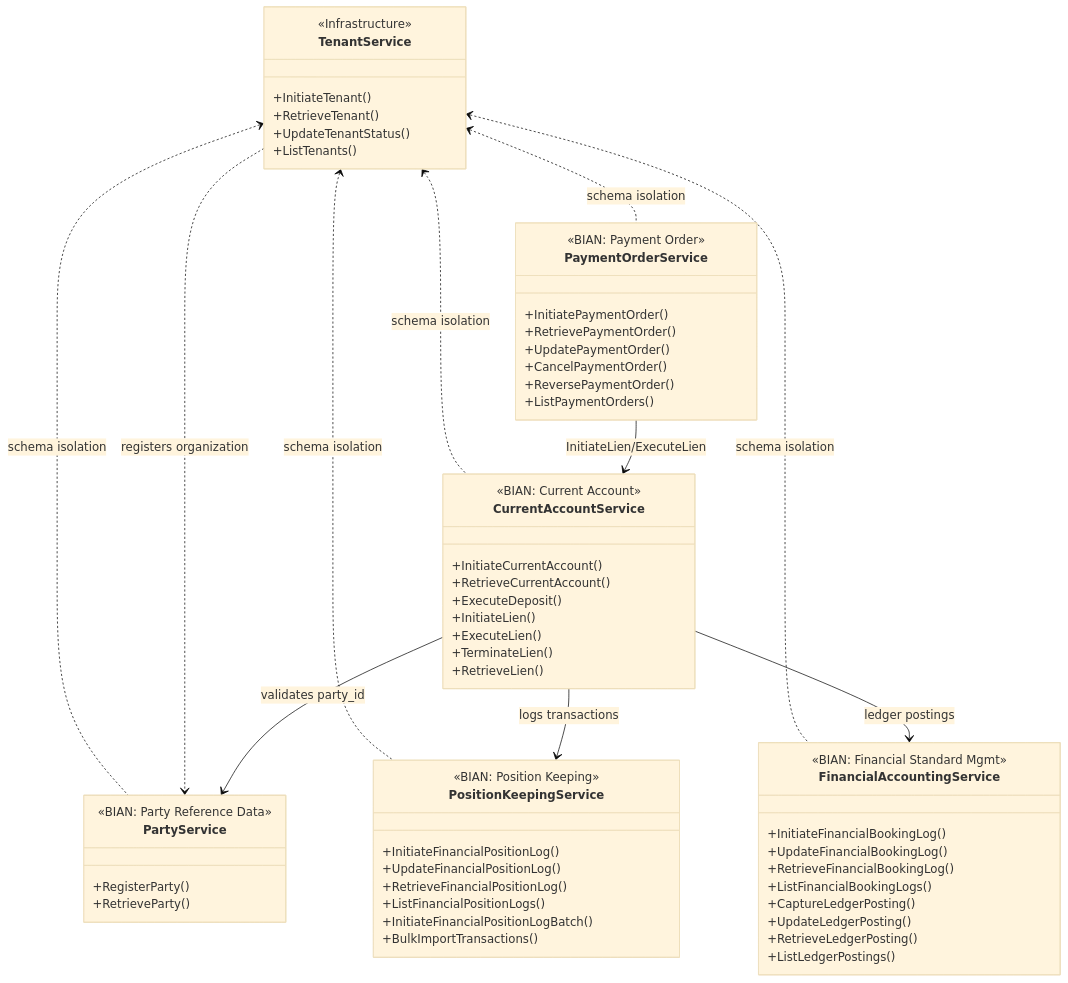
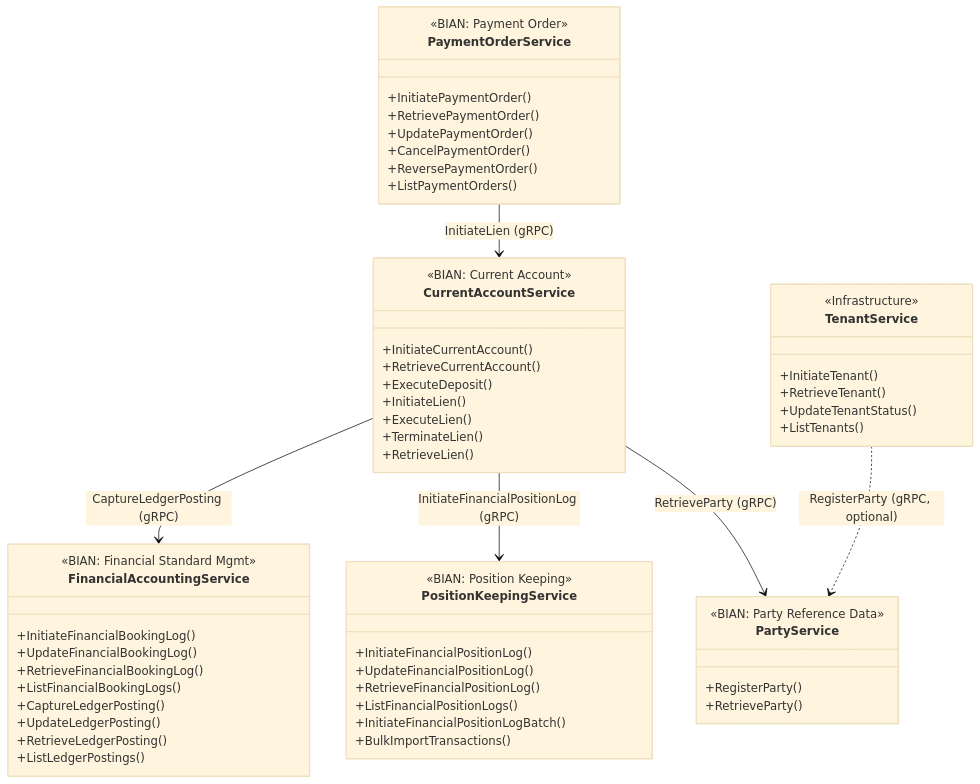
Before and after one commit to meridianhub/meridian: the diagram in api/proto/README.md, drawn with Mermaid (base theme). The commit also changed other lines of this file and 1 other file, not shown here.

Commit message:
docs: Add BIAN spec links and improve diagram with function/protocol labels
- Add links to official BIAN OAS3 specs for each service domain
- Update diagram arrows to show function and protocol: RetrieveParty (gRPC)
- Remove infrastructure dependency arrows for cleaner visualization
- Clarify Tenant as optional dependency on Party

````diff
--- a/api/proto/README.md
+++ b/api/proto/README.md
@@ -26,73 +26,67 @@
 ```mermaid
 classDiagram
     direction TB
 
     class PartyService {
         <<BIAN: Party Reference Data>>
         +RegisterParty()
         +RetrieveParty()
     }
 
     class PositionKeepingService {
         <<BIAN: Position Keeping>>
         +InitiateFinancialPositionLog()
         +UpdateFinancialPositionLog()
         +RetrieveFinancialPositionLog()
         +ListFinancialPositionLogs()
         +InitiateFinancialPositionLogBatch()
         +BulkImportTransactions()
     }
 
     class FinancialAccountingService {
         <<BIAN: Financial Standard Mgmt>>
         +InitiateFinancialBookingLog()
         +UpdateFinancialBookingLog()
         +RetrieveFinancialBookingLog()
         +ListFinancialBookingLogs()
         +CaptureLedgerPosting()
         +UpdateLedgerPosting()
         +RetrieveLedgerPosting()
         +ListLedgerPostings()
     }
 
     class CurrentAccountService {
         <<BIAN: Current Account>>
         +InitiateCurrentAccount()
         +RetrieveCurrentAccount()
         +ExecuteDeposit()
         +InitiateLien()
         +ExecuteLien()
         +TerminateLien()
         +RetrieveLien()
     }
 
     class PaymentOrderService {
         <<BIAN: Payment Order>>
         +InitiatePaymentOrder()
         +RetrievePaymentOrder()
         +UpdatePaymentOrder()
         +CancelPaymentOrder()
         +ReversePaymentOrder()
         +ListPaymentOrders()
     }
 
     class TenantService {
         <<Infrastructure>>
         +InitiateTenant()
         +RetrieveTenant()
         +UpdateTenantStatus()
         +ListTenants()
     }
 
-    CurrentAccountService --> PartyService : validates party_id
-    CurrentAccountService --> PositionKeepingService : logs transactions
-    CurrentAccountService --> FinancialAccountingService : ledger postings
-    PaymentOrderService --> CurrentAccountService : InitiateLien/ExecuteLien
-    TenantService ..> PartyService : registers organization
-
-    TenantService <.. PartyService : schema isolation
-    TenantService <.. PositionKeepingService : schema isolation
-    TenantService <.. FinancialAccountingService : schema isolation
-    TenantService <.. CurrentAccountService : schema isolation
-    TenantService <.. PaymentOrderService : schema isolation
+    CurrentAccountService --> PartyService : RetrieveParty (gRPC)
+    CurrentAccountService --> PositionKeepingService : InitiateFinancialPositionLog (gRPC)
+    CurrentAccountService --> FinancialAccountingService : CaptureLedgerPosting (gRPC)
+    PaymentOrderService --> CurrentAccountService : InitiateLien (gRPC)
+    TenantService ..> PartyService : RegisterParty (gRPC, optional)
 ```
````
